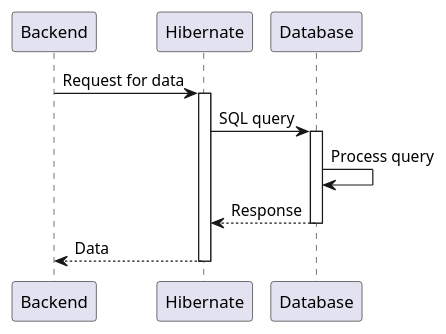
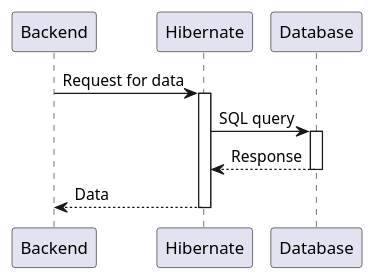
Before and after one commit to kambed/FoodzillaArchitecture: the fourth of 6 diagrams in SequenceDiagrams.md, drawn with PlantUML. The commit also changed other lines of this file and 17 other files, not shown here.

````diff
--- a/SequenceDiagrams.md
+++ b/SequenceDiagrams.md
@@ -68,15 +72,14 @@
 ```plantuml
 @startuml
 participant Backend
 participant Hibernate
 participant Database
 
 Backend -> Hibernate: Request for data
 activate Hibernate
 Hibernate -> Database: SQL query
 activate Database
-Database -> Database: Process query
 return Response
 return Data
 @enduml
 ```
````
